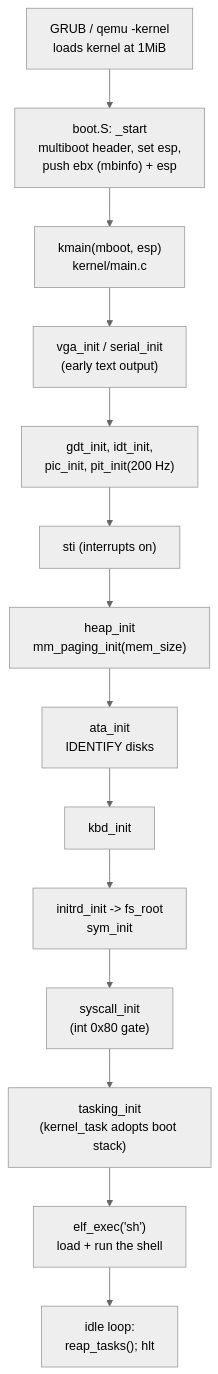
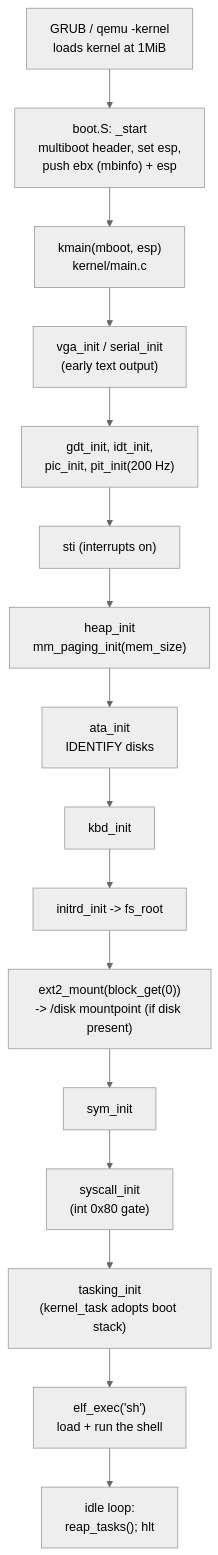
One commit to gsass1/nos changed the second of 8 diagrams in docs/ARCHITECTURE.md. Above: the diagram before and after it, drawn with Mermaid (neutral theme). The commit also changed other lines of this file and 20 other files, not shown here.

````diff
--- a/docs/ARCHITECTURE.md
+++ b/docs/ARCHITECTURE.md
@@ -94,16 +94,18 @@
 ```mermaid
 flowchart TD
     A["GRUB / qemu -kernel<br/>loads kernel at 1MiB"] --> B["boot.S: _start<br/>multiboot header, set esp,<br/>push ebx (mbinfo) + esp"]
     B --> C["kmain(mboot, esp)<br/>kernel/main.c"]
     C --> D["vga_init / serial_init<br/>(early text output)"]
     D --> E["gdt_init, idt_init,<br/>pic_init, pit_init(200 Hz)"]
     E --> F["sti (interrupts on)"]
     F --> G["heap_init<br/>mm_paging_init(mem_size)"]
     G --> H["ata_init<br/>IDENTIFY disks"]
     H --> H2["kbd_init"]
-    H2 --> I["initrd_init -> fs_root<br/>sym_init"]
-    I --> J["syscall_init<br/>(int 0x80 gate)"]
+    H2 --> I["initrd_init -> fs_root"]
+    I --> I2["ext2_mount(block_get(0))<br/>-> /disk mountpoint (if disk present)"]
+    I2 --> I3["sym_init"]
+    I3 --> J["syscall_init<br/>(int 0x80 gate)"]
     J --> K["tasking_init<br/>(kernel_task adopts boot stack)"]
     K --> L["elf_exec('sh')<br/>load + run the shell"]
     L --> M["idle loop:<br/>reap_tasks(); hlt"]
 ```
````
